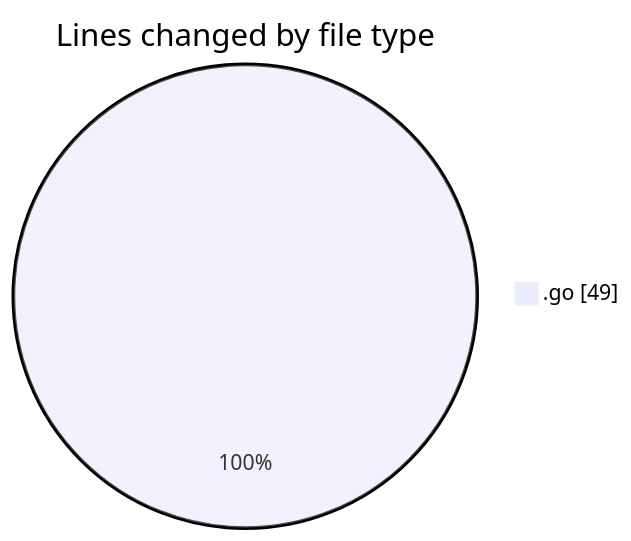
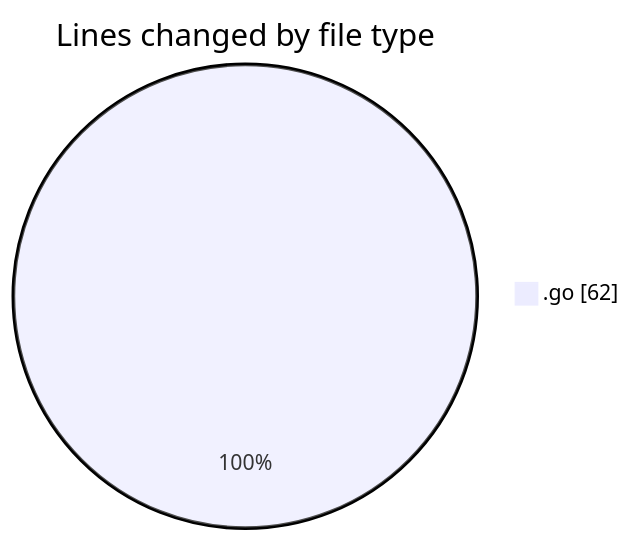
Before and after one commit to robertbonfada/code-tracking: the first of 2 diagrams in 2025-03-01/test-digital-placa/README.md, drawn with Mermaid. The commit also changed other lines of this file and 1 other file, not shown here.

````diff
--- a/2025-03-01/test-digital-placa/README.md
+++ b/2025-03-01/test-digital-placa/README.md
@@ -20,5 +20,5 @@
 ```mermaid
 pie showData
 title Lines changed by file type
-".go" : 49
+".go" : 62
 ```
````
